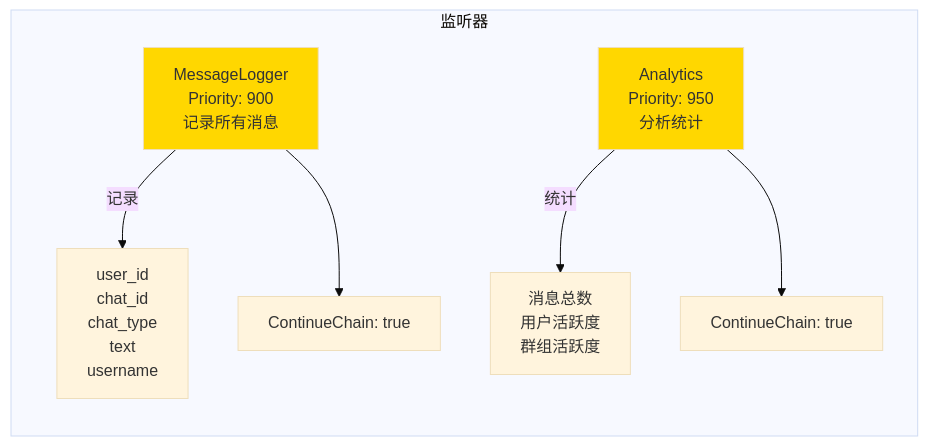
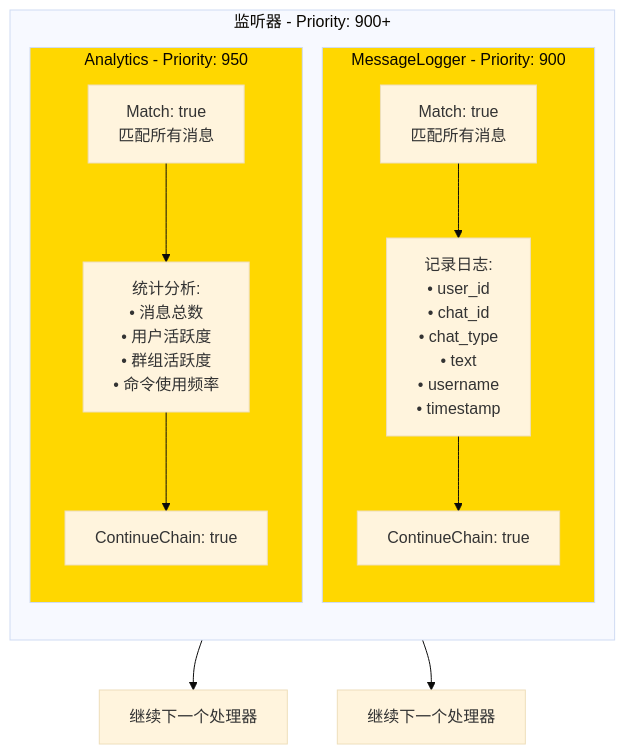
Before and after one commit to asmitul/go-telegram-bot: the seventh of 26 diagrams in docs/architecture-diagram.md, drawn with Mermaid (base theme). The commit also changed other lines of this file, not shown here.

Commit message:
✔️ 更新architecture-diagram.md文档

````diff
--- a/docs/architecture-diagram.md
+++ b/docs/architecture-diagram.md
@@ -108,18 +303,29 @@
 ```mermaid
-graph LR
-    subgraph Listeners[监听器]
+graph TB
+    subgraph Listeners[监听器 - Priority: 900+]
         direction TB
-        Logger["MessageLogger<br/>Priority: 900<br/>记录所有消息"]
-        Analytics["Analytics<br/>Priority: 950<br/>分析统计"]
 
-        Logger --> |记录| LogFields["user_id<br/>chat_id<br/>chat_type<br/>text<br/>username"]
+        subgraph Logger[MessageLogger - Priority: 900]
+            LogMatch["Match: true<br/>匹配所有消息"]
+            LogHandle["记录日志:<br/>• user_id<br/>• chat_id<br/>• chat_type<br/>• text<br/>• username<br/>• timestamp"]
+            LogContinue["ContinueChain: true"]
+        end
 
-        Analytics --> |统计| AnalFields["消息总数<br/>用户活跃度<br/>群组活跃度"]
+        subgraph Analytics[Analytics - Priority: 950]
+            AnalMatch["Match: true<br/>匹配所有消息"]
+            AnalHandle["统计分析:<br/>• 消息总数<br/>• 用户活跃度<br/>• 群组活跃度<br/>• 命令使用频率"]
+            AnalContinue["ContinueChain: true"]
+        end
+    end
 
-        Logger --> Continue1["ContinueChain: true"]
-        Analytics --> Continue2["ContinueChain: true"]
-    end
+    LogMatch --> LogHandle
+    LogHandle --> LogContinue
+    LogContinue --> NextHandler1[继续下一个处理器]
+
+    AnalMatch --> AnalHandle
+    AnalHandle --> AnalContinue
+    AnalContinue --> NextHandler2[继续下一个处理器]
 
     style Logger fill:#FFD700
     style Analytics fill:#FFD700
 ```
````
